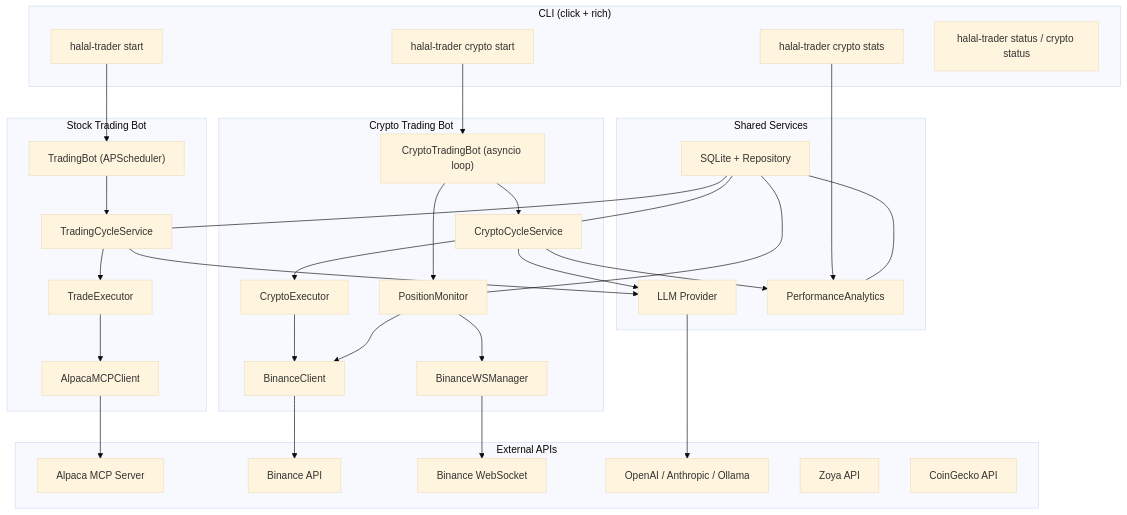
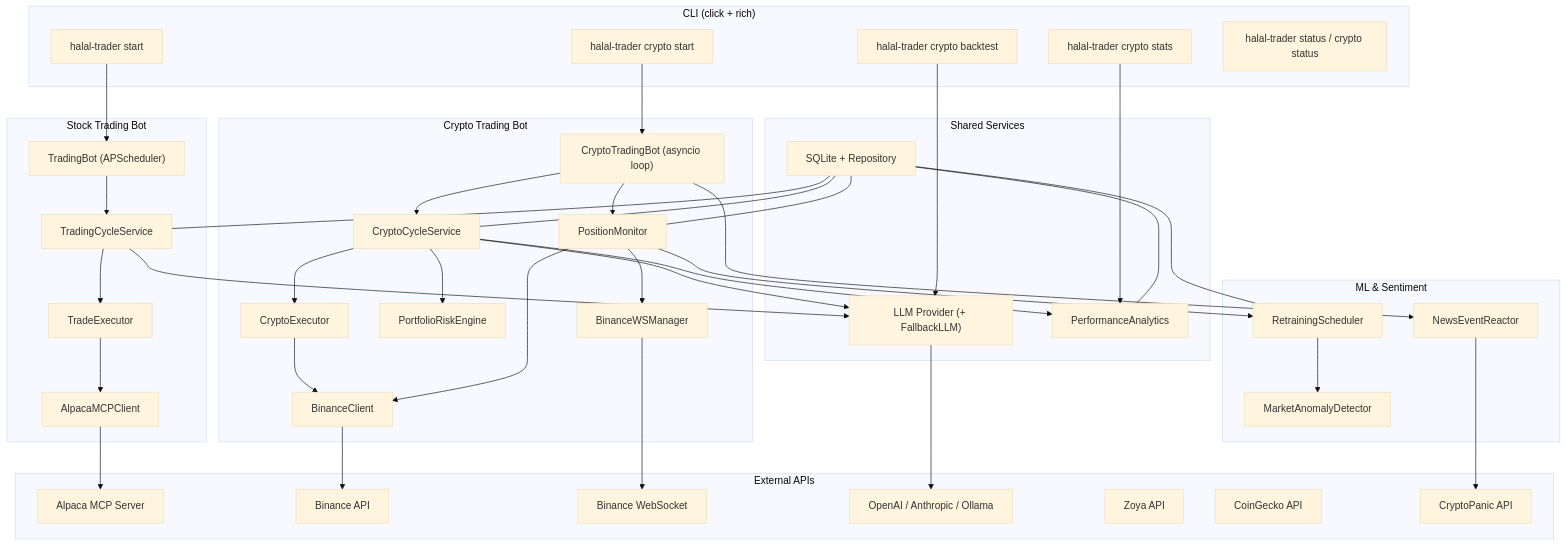
Before and after one commit to lanterno/tradeHalalLLM: the first of 6 diagrams in docs/ARCHITECTURE.md, drawn with Mermaid (base theme). The commit also changed other lines of this file, not shown here.

First line of the commit message:
docs: refresh ARCHITECTURE for risk engine, ML retraining, news reactor

````diff
--- a/docs/ARCHITECTURE.md
+++ b/docs/ARCHITECTURE.md
@@ -12,6 +12,7 @@
         Start["halal-trader start"]
         CryptoStart["halal-trader crypto start"]
         Stats["halal-trader crypto stats"]
+        Backtest["halal-trader crypto backtest"]
         Status["halal-trader status / crypto status"]
     end
 
@@ -27,12 +28,19 @@
         CryptoCycle["CryptoCycleService"]
         CryptoExec["CryptoExecutor"]
         Monitor["PositionMonitor"]
+        RiskEngine["PortfolioRiskEngine"]
         BinanceClient["BinanceClient"]
         WSManager["BinanceWSManager"]
     end
 
+    subgraph ML["ML & Sentiment"]
+        Anomaly["MarketAnomalyDetector"]
+        Retrainer["RetrainingScheduler"]
+        NewsReactor["NewsEventReactor"]
+    end
+
     subgraph SharedSvcs["Shared Services"]
-        LLM["LLM Provider"]
+        LLM["LLM Provider (+ FallbackLLM)"]
         DB["SQLite + Repository"]
         Analytics["PerformanceAnalytics"]
     end
@@ -44,11 +52,13 @@
         OpenAI["OpenAI / Anthropic / Ollama"]
         Zoya["Zoya API"]
         CoinGecko["CoinGecko API"]
+        CryptoPanic["CryptoPanic API"]
     end
 
     Start --> StockSched
     CryptoStart --> CryptoSched
     Stats --> Analytics
+    Backtest --> LLM
 
     StockSched --> StockCycle
     StockCycle --> LLM
@@ -58,18 +68,24 @@
 
     CryptoSched --> CryptoCycle
     CryptoSched --> Monitor
+    CryptoSched --> NewsReactor
     CryptoCycle --> LLM
     CryptoCycle --> CryptoExec
     CryptoCycle --> Analytics
+    CryptoCycle --> RiskEngine
     CryptoExec --> BinanceClient
     Monitor --> WSManager
     Monitor --> BinanceClient
+    Monitor --> Retrainer
+    Retrainer --> Anomaly
     BinanceClient --> Binance
     WSManager --> BinanceWS
+    NewsReactor --> CryptoPanic
 
     LLM --> OpenAI
     DB --- StockCycle
     DB --- CryptoCycle
     DB --- Monitor
     DB --- Analytics
+    DB --- Retrainer
 ```
````
